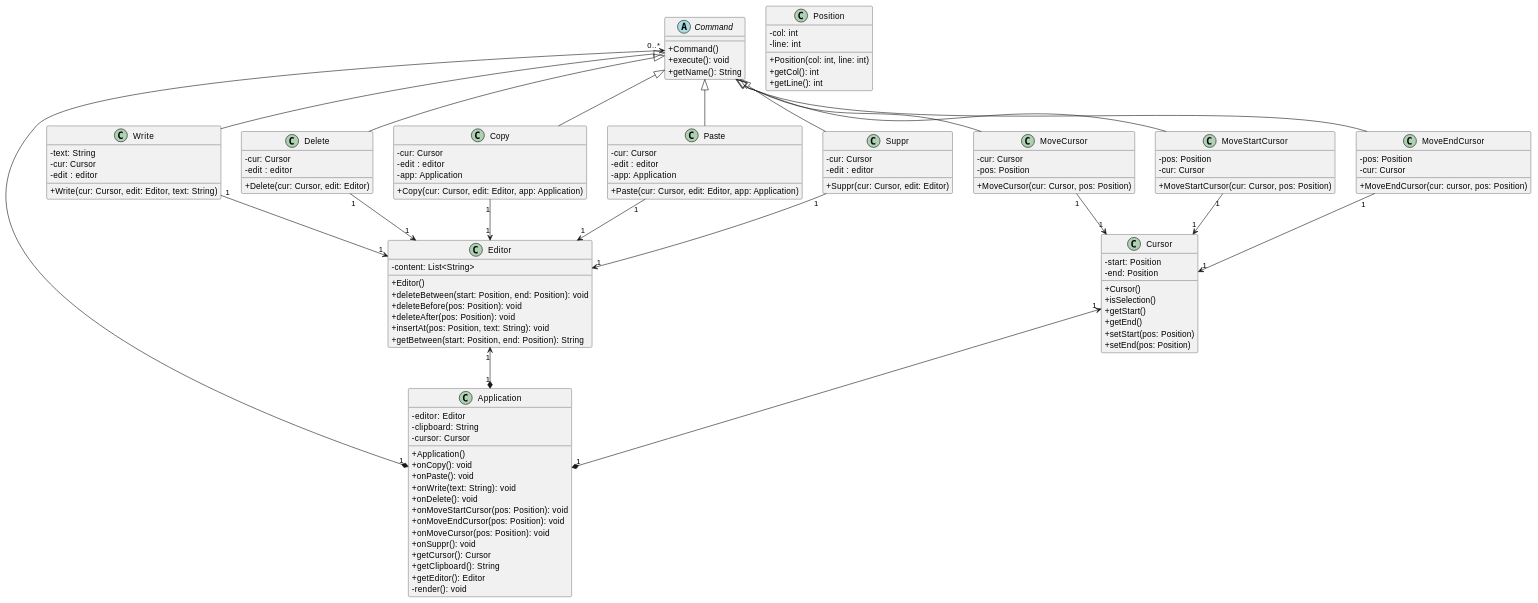
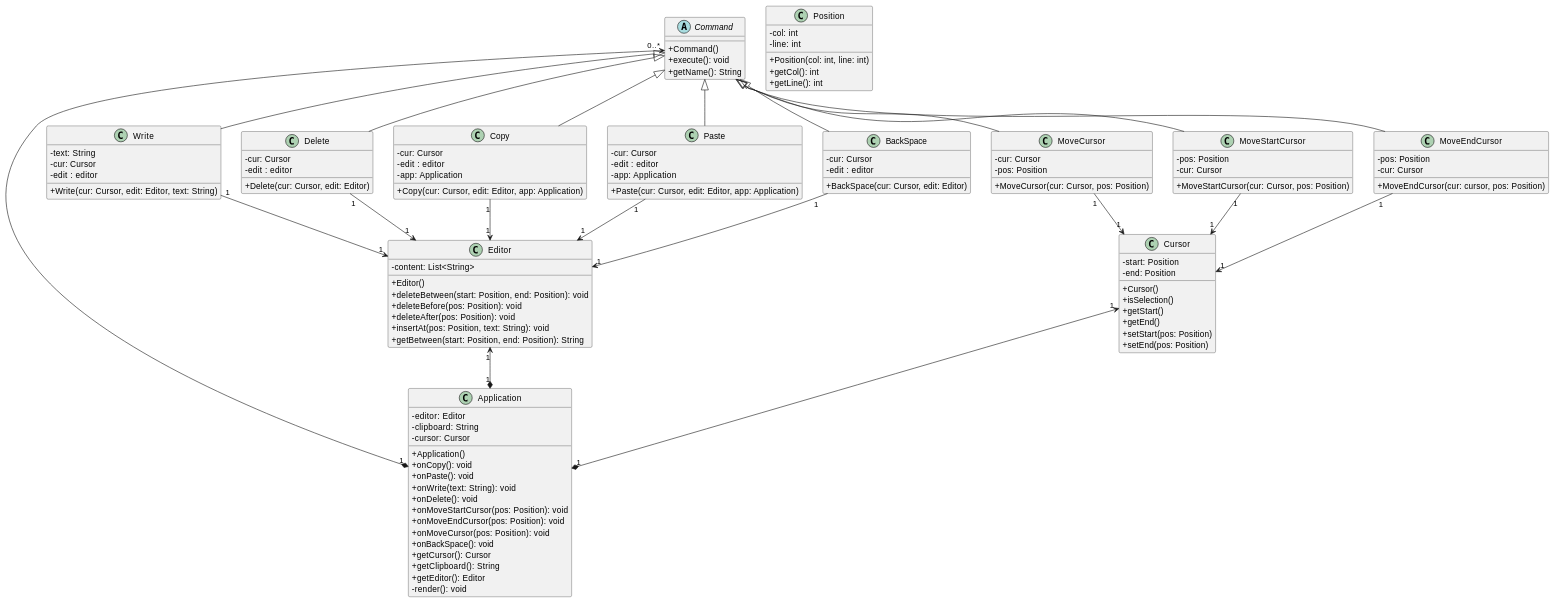
Before and after one commit to CodyAdam/another-useless-text-editor: the first of 6 diagrams in README.md, drawn with PlantUML. The commit also changed other lines of this file, not shown here.

Commit message:
Rename suppr to BackSpace / Update onBackSpace and deleteBetween

```diff
--- a/README.md
+++ b/README.md
@@ -64,7 +64,7 @@
         +onMoveStartCursor(pos: Position): void
         +onMoveEndCursor(pos: Position): void
         +onMoveCursor(pos: Position): void
-        +onSuppr(): void
+        +onBackSpace(): void
         +getCursor(): Cursor
         +getClipboard(): String
         +getEditor(): Editor
@@ -130,10 +130,10 @@
         +MoveCursor(cur: Cursor, pos: Position)
     }
 
-    class Suppr {
+    class BackSpace {
         -cur: Cursor
         -edit : editor
-        +Suppr(cur: Cursor, edit: Editor)
+        +BackSpace(cur: Cursor, edit: Editor)
     }
 
     class MoveStartCursor {
@@ -157,7 +157,7 @@
     Command <|-- MoveStartCursor 
     Command <|-- MoveEndCursor 
     Command <|-- Delete
-    Command <|-- Suppr
+    Command <|-- BackSpace
     Command <|-- MoveCursor
 
 
@@ -170,7 +170,7 @@
     MoveStartCursor"1" --> "1" Cursor
     MoveEndCursor "1" --> "1" Cursor 
     Delete "1" --> "1" Editor
-    Suppr "1" --> "1" Editor
+    BackSpace "1" --> "1" Editor
     MoveCursor "1" --> "1" Cursor
 
 @enduml
```
